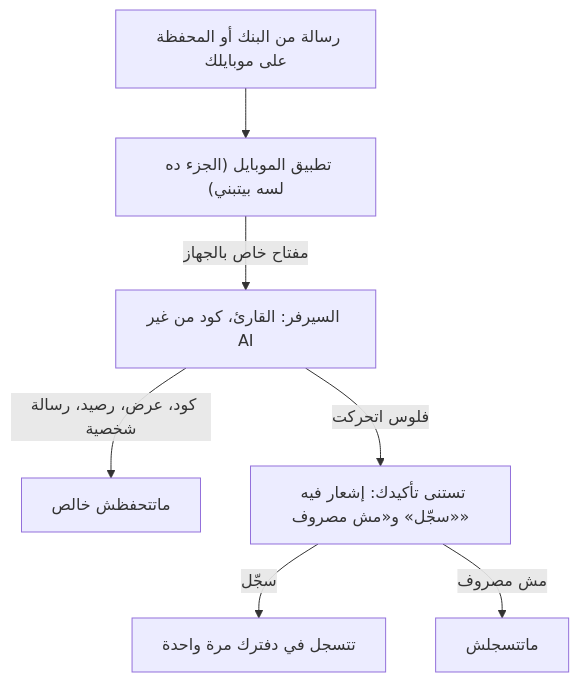
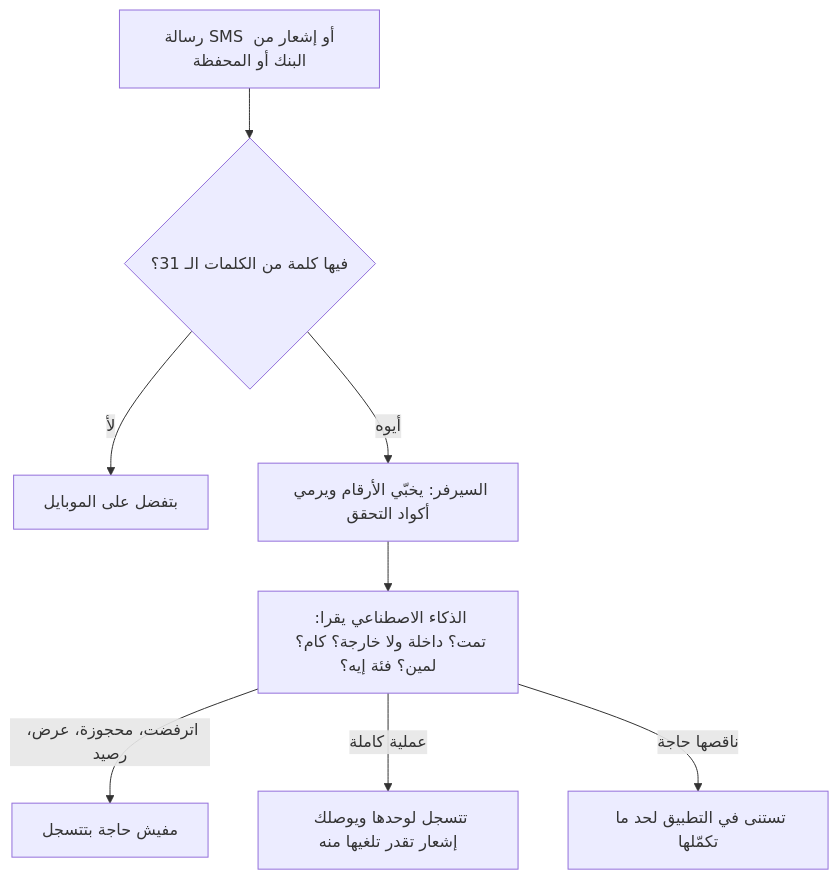
Before and after one commit to mahmoudtaherr111/smartspend_mini_all: the diagram in docs/ar/systems/bank-messages.md, drawn with Mermaid. The commit also changed other lines of this file and 119 other files, not shown here.

````diff
--- a/docs/ar/systems/bank-messages.md
+++ b/docs/ar/systems/bank-messages.md
@@ -22,9 +13,10 @@
 ```mermaid
 flowchart TD
-  A["رسالة من البنك أو المحفظة على موبايلك"] --> B["تطبيق الموبايل (الجزء ده لسه بيتبني)"]
-  B -->|"مفتاح خاص بالجهاز"| C["السيرفر: القارئ، كود من غير AI"]
-  C -->|"كود، عرض، رصيد، رسالة شخصية"| I["ماتتحفظش خالص"]
-  C -->|"فلوس اتحركت"| R["تستنى تأكيدك: إشعار فيه «سجّل» و«مش مصروف»"]
-  R -->|"سجّل"| H["تتسجل في دفترك مرة واحدة"]
-  R -->|"مش مصروف"| D["ماتتسجلش"]
+  A["رسالة SMS أو إشعار من البنك أو المحفظة"] --> B{"فيها كلمة من الكلمات الـ 31؟"}
+  B -->|"لأ"| X["بتفضل على الموبايل"]
+  B -->|"أيوه"| C["السيرفر: يخبّي الأرقام ويرمي أكواد التحقق"]
+  C --> D["الذكاء الاصطناعي يقرا: تمت؟ داخلة ولا خارجة؟ كام؟ لمين؟ فئة إيه؟"]
+  D -->|"اترفضت، محجوزة، عرض، رصيد"| N["مفيش حاجة بتتسجل"]
+  D -->|"عملية كاملة"| R["تتسجل لوحدها ويوصلك إشعار تقدر تلغيها منه"]
+  D -->|"ناقصها حاجة"| W["تستنى في التطبيق لحد ما تكمّلها"]
 ```
````
